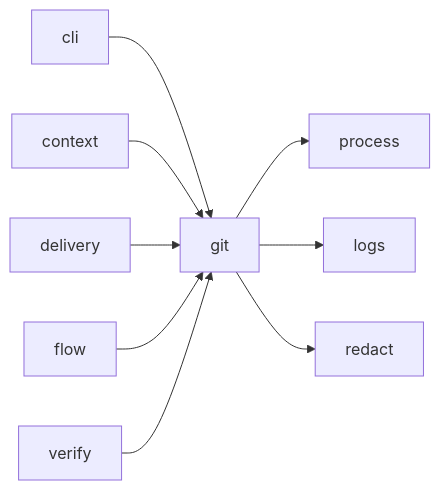
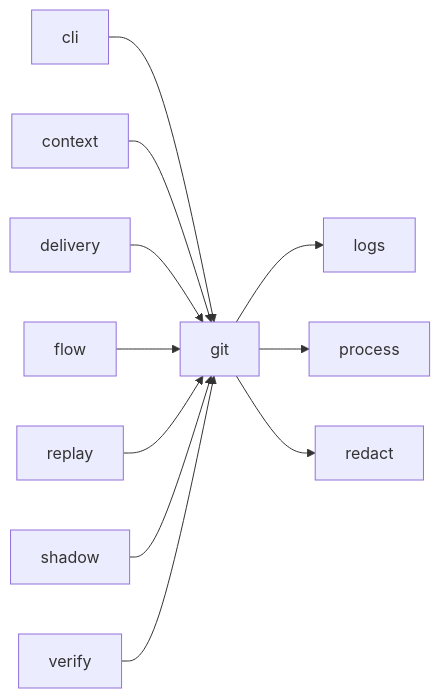
One commit to plaplanche/ariane changed the diagram in docs/architecture/modules/git.md. Above: the diagram before and after it, drawn with Mermaid. The commit also changed other lines of this file and 33 other files, not shown here.

Commit message:
#120: Generate the module dependency graphs of the architecture docs from the code (C25)

````diff
--- a/docs/architecture/modules/git.md
+++ b/docs/architecture/modules/git.md
@@ -22,11 +23,13 @@
 ```mermaid
 flowchart LR
-  git --> process
-  git --> logs
-  git --> redact
   cli --> git
   context --> git
   delivery --> git
   flow --> git
+  git --> logs
+  git --> process
+  git --> redact
+  replay --> git
+  shadow --> git
   verify --> git
 ```
````
